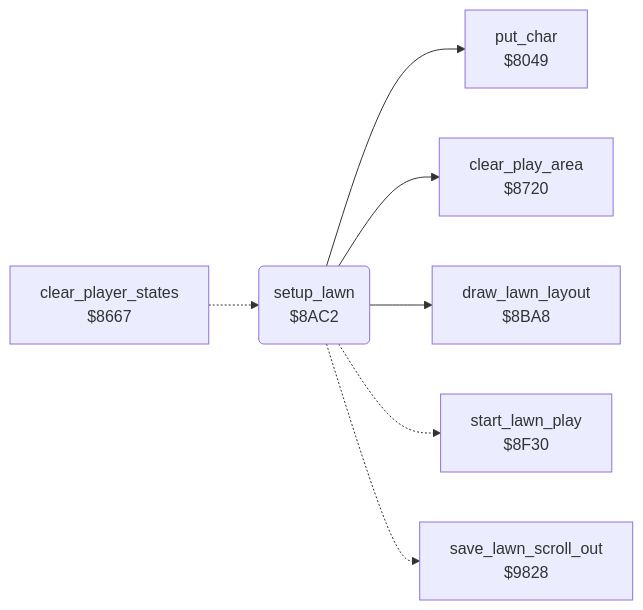
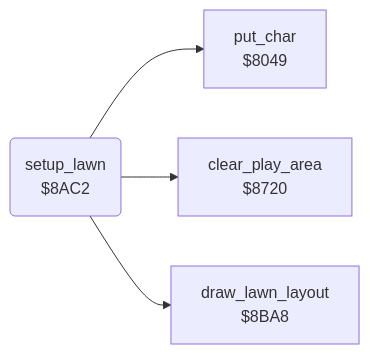
One commit to henols/c64_games changed the diagram in hover_bovver/docs/reference/modules/lawn/setup_lawn.md. Above: the diagram before and after it, drawn with Mermaid. The commit also changed other lines of this file and 1100 other files, not shown here.

````diff
--- a/hover_bovver/docs/reference/modules/lawn/setup_lawn.md
+++ b/hover_bovver/docs/reference/modules/lawn/setup_lawn.md
@@ -10,16 +16,10 @@
 ```mermaid
 flowchart LR
   n8049["put_char<br/>$8049"]
-  n8667["clear_player_states<br/>$8667"]
   n8720["clear_play_area<br/>$8720"]
   n8ac2("setup_lawn<br/>$8AC2")
   n8ba8["draw_lawn_layout<br/>$8BA8"]
-  n8f30["start_lawn_play<br/>$8F30"]
-  n9828["save_lawn_scroll_out<br/>$9828"]
-  n8667 -.-> n8ac2
   n8ac2 --> n8049
   n8ac2 --> n8720
   n8ac2 --> n8ba8
-  n8ac2 -.-> n8f30
-  n8ac2 -.-> n9828
 ```
````
